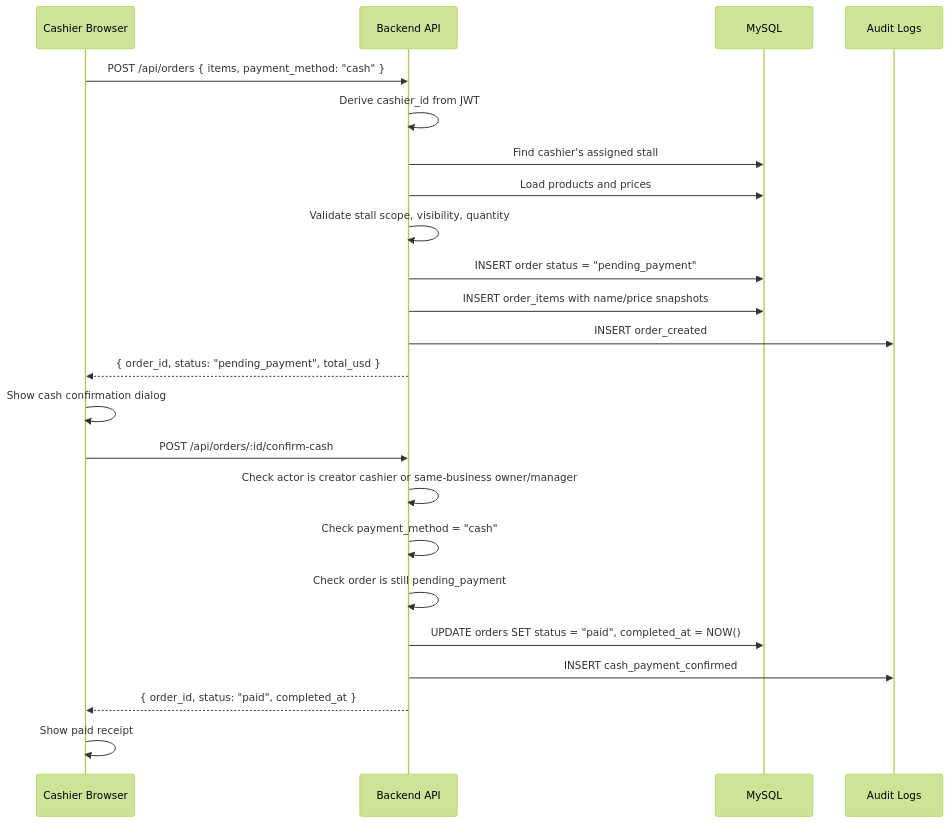
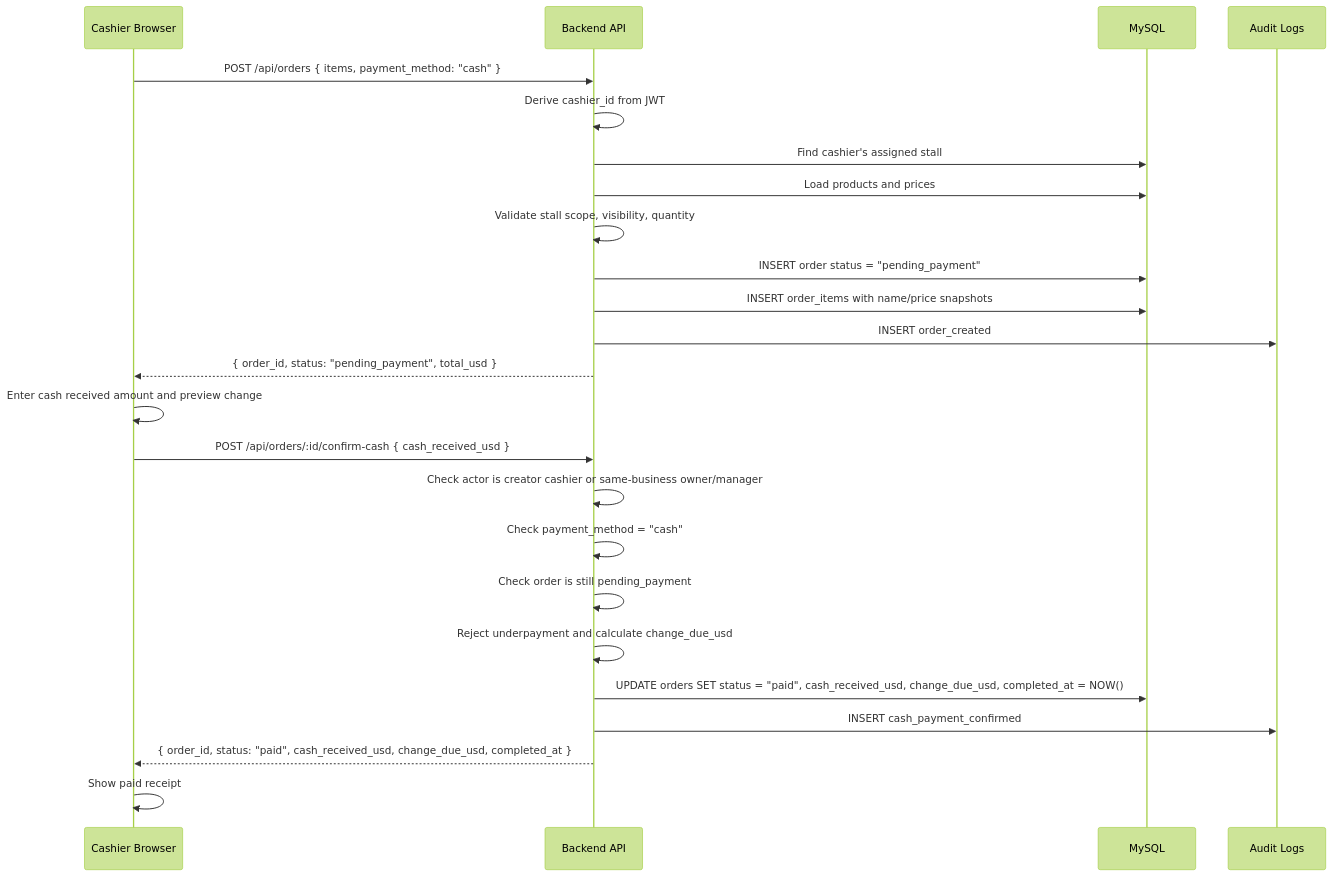
One commit to sothyvan/TOUB_POS changed the first of 2 diagrams in docs/design/payment-flow.md. Above: the diagram before and after it, drawn with Mermaid (forest theme). The commit also changed other lines of this file and 18 other files, not shown here.

Commit message:
feat: implement cash confirmation flow with cash received and change due tracking

````diff
--- a/docs/design/payment-flow.md
+++ b/docs/design/payment-flow.md
@@ -9,27 +9,28 @@
 ```mermaid
 sequenceDiagram
     participant C as Cashier Browser
     participant API as Backend API
     participant DB as MySQL
     participant AUD as Audit Logs
 
     C->>API: POST /api/orders { items, payment_method: "cash" }
     API->>API: Derive cashier_id from JWT
     API->>DB: Find cashier's assigned stall
     API->>DB: Load products and prices
     API->>API: Validate stall scope, visibility, quantity
     API->>DB: INSERT order status = "pending_payment"
     API->>DB: INSERT order_items with name/price snapshots
     API->>AUD: INSERT order_created
     API-->>C: { order_id, status: "pending_payment", total_usd }
 
-    C->>C: Show cash confirmation dialog
-    C->>API: POST /api/orders/:id/confirm-cash
+    C->>C: Enter cash received amount and preview change
+    C->>API: POST /api/orders/:id/confirm-cash { cash_received_usd }
     API->>API: Check actor is creator cashier or same-business owner/manager
     API->>API: Check payment_method = "cash"
     API->>API: Check order is still pending_payment
-    API->>DB: UPDATE orders SET status = "paid", completed_at = NOW()
+    API->>API: Reject underpayment and calculate change_due_usd
+    API->>DB: UPDATE orders SET status = "paid", cash_received_usd, change_due_usd, completed_at = NOW()
     API->>AUD: INSERT cash_payment_confirmed
-    API-->>C: { order_id, status: "paid", completed_at }
+    API-->>C: { order_id, status: "paid", cash_received_usd, change_due_usd, completed_at }
     C->>C: Show paid receipt
 ```
````
